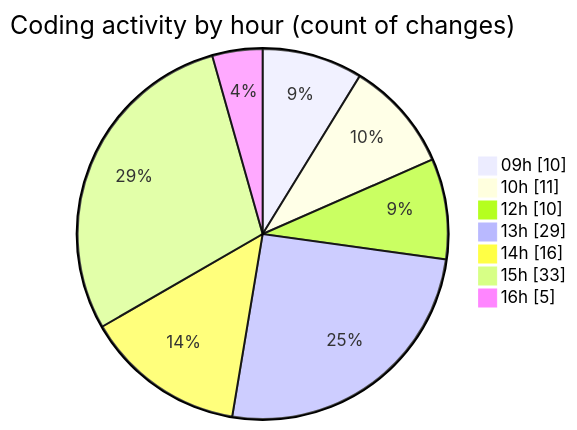
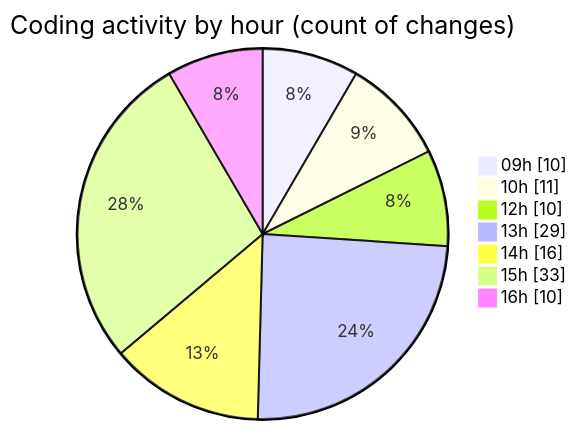
Before and after one commit to momahboobian/code-tracking: the second of 2 diagrams in 2025-09-12/cda/README.md, drawn with Mermaid. The commit also changed other lines of this file and 1 other file, not shown here.

````diff
--- a/2025-09-12/cda/README.md
+++ b/2025-09-12/cda/README.md
@@ -47,11 +47,11 @@
 ```mermaid
 pie showData
 title Coding activity by hour (count of changes)
 "09h" : 10
 "10h" : 11
 "12h" : 10
 "13h" : 29
 "14h" : 16
 "15h" : 33
-"16h" : 5
+"16h" : 10
 ```
````
